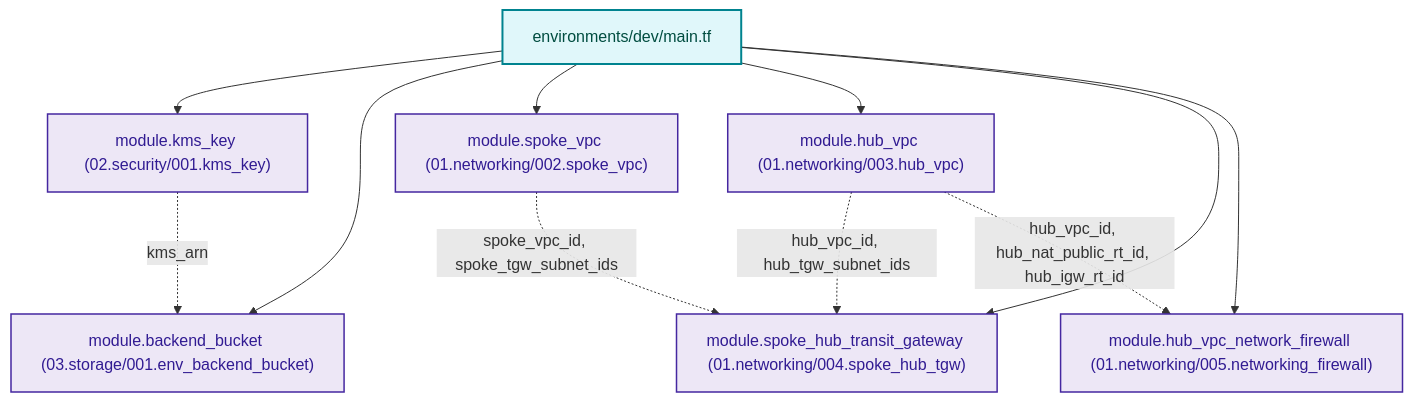
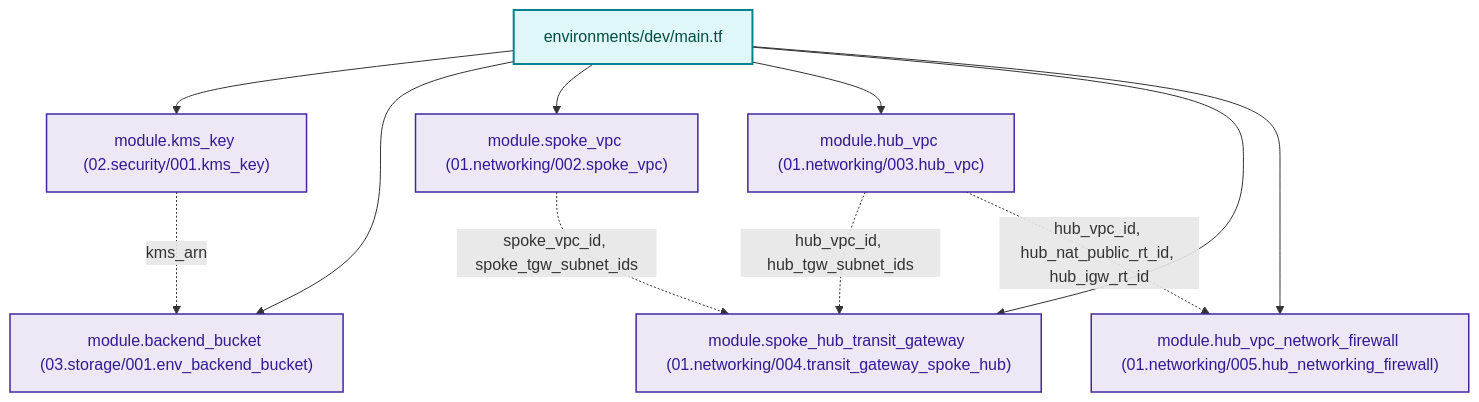
Before and after one commit to MikolajSedek/databricks_aws_deployment_01_vpc_networking: the third of 3 diagrams in environments/dev/README.md, drawn with Mermaid. The commit also changed other lines of this file and 53 other files, not shown here.

````diff
--- a/environments/dev/README.md
+++ b/environments/dev/README.md
@@ -133,26 +134,26 @@
 ```mermaid
 graph TD
     classDef env fill:#E0F7FA,stroke:#00838F,stroke-width:2px,color:#004D40;
     classDef mod fill:#EDE7F6,stroke:#4527A0,stroke-width:1.5px,color:#311B92;
 
     DevConfig["environments/dev/main.tf"]:::env
 
     ModKMS["module.kms_key (02.security/001.kms_key)"]:::mod
     ModBackend["module.backend_bucket (03.storage/001.env_backend_bucket)"]:::mod
     ModSpoke["module.spoke_vpc (01.networking/002.spoke_vpc)"]:::mod
     ModHub["module.hub_vpc (01.networking/003.hub_vpc)"]:::mod
-    ModTGW["module.spoke_hub_transit_gateway (01.networking/004.spoke_hub_tgw)"]:::mod
-    ModFW["module.hub_vpc_network_firewall (01.networking/005.networking_firewall)"]:::mod
+    ModTGW["module.spoke_hub_transit_gateway (01.networking/004.transit_gateway_spoke_hub)"]:::mod
+    ModFW["module.hub_vpc_network_firewall (01.networking/005.hub_networking_firewall)"]:::mod
 
     DevConfig --> ModKMS
     DevConfig --> ModBackend
     DevConfig --> ModSpoke
     DevConfig --> ModHub
     DevConfig --> ModTGW
     DevConfig --> ModFW
 
     ModKMS -.->|"kms_arn"| ModBackend
     ModHub -.->|"hub_vpc_id, hub_tgw_subnet_ids"| ModTGW
     ModSpoke -.->|"spoke_vpc_id, spoke_tgw_subnet_ids"| ModTGW
     ModHub -.->|"hub_vpc_id, hub_nat_public_rt_id, hub_igw_rt_id"| ModFW
 ```
````
